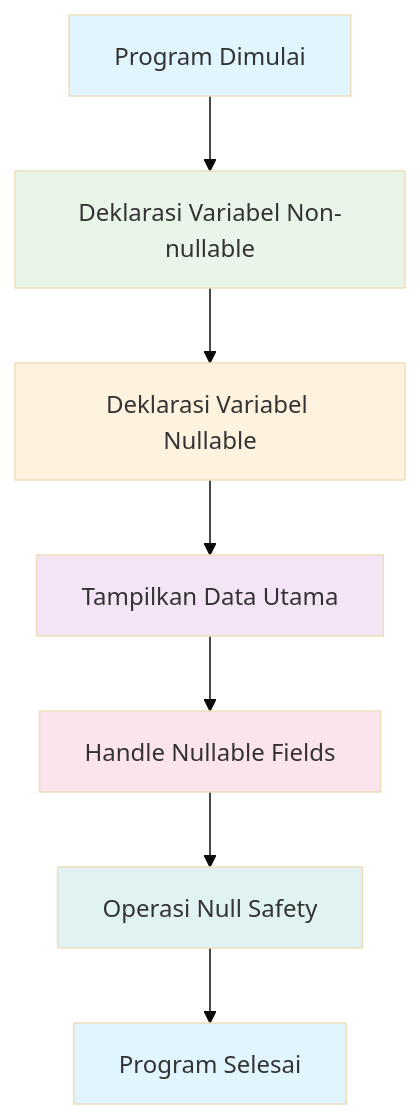
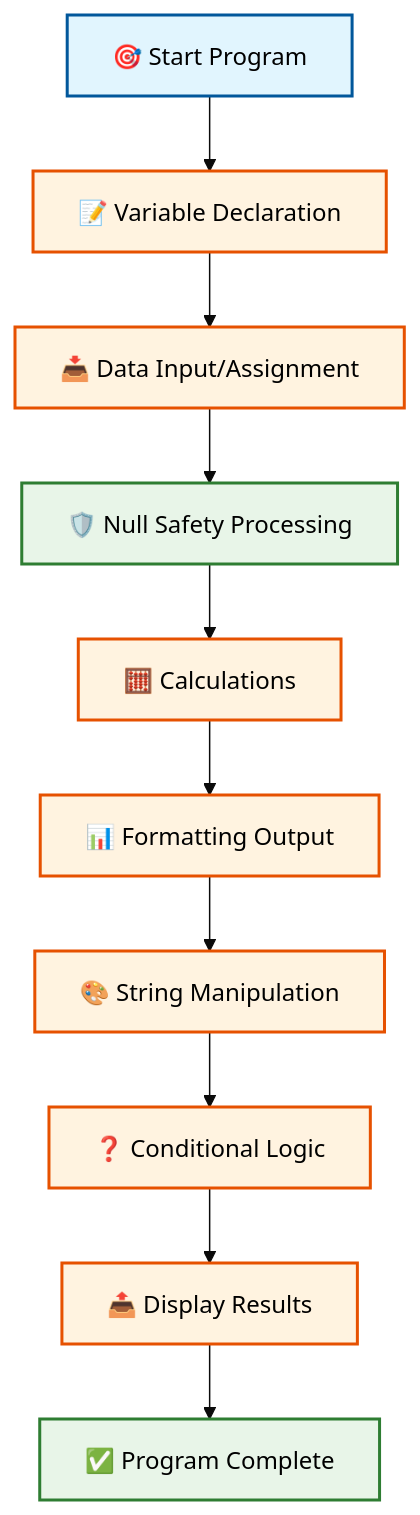
Before and after one commit to antonprafanto/flutter: diagram 12 of 14 in minggu1.md, drawn with Mermaid (base theme). The commit also changed other lines of this file, not shown here.

````diff
--- a/minggu1.md
+++ b/minggu1.md
@@ -549,17 +751,23 @@
 ```mermaid
 flowchart TD
-    A[Program Dimulai] --> B[Deklarasi Variabel Non-nullable]
-    B --> C[Deklarasi Variabel Nullable]
-    C --> D[Tampilkan Data Utama]
-    D --> E[Handle Nullable Fields]
-    E --> F[Operasi Null Safety]
-    F --> G[Program Selesai]
+    A[🎯 Start Program] --> B[📝 Variable Declaration]
+    B --> C[📥 Data Input/Assignment]
+    C --> D[🛡️ Null Safety Processing]
+    D --> E[🧮 Calculations]
+    E --> F[📊 Formatting Output]
+    F --> G[🎨 String Manipulation]
+    G --> H[❓ Conditional Logic]
+    H --> I[📤 Display Results]
+    I --> J[✅ Program Complete]
     
-    style A fill:#e1f5fe
-    style B fill:#e8f5e8
-    style C fill:#fff3e0
-    style D fill:#f3e5f5
-    style E fill:#fce4ec
-    style F fill:#e0f2f1
-    style G fill:#e1f5fe
+    style A fill:#e1f5fe,stroke:#01579b,stroke-width:2px,color:#000
+    style B fill:#fff3e0,stroke:#e65100,stroke-width:2px,color:#000
+    style C fill:#fff3e0,stroke:#e65100,stroke-width:2px,color:#000
+    style D fill:#e8f5e8,stroke:#2e7d32,stroke-width:2px,color:#000
+    style E fill:#fff3e0,stroke:#e65100,stroke-width:2px,color:#000
+    style F fill:#fff3e0,stroke:#e65100,stroke-width:2px,color:#000
+    style G fill:#fff3e0,stroke:#e65100,stroke-width:2px,color:#000
+    style H fill:#fff3e0,stroke:#e65100,stroke-width:2px,color:#000
+    style I fill:#fff3e0,stroke:#e65100,stroke-width:2px,color:#000
+    style J fill:#e8f5e8,stroke:#2e7d32,stroke-width:2px,color:#000
 ```
````
